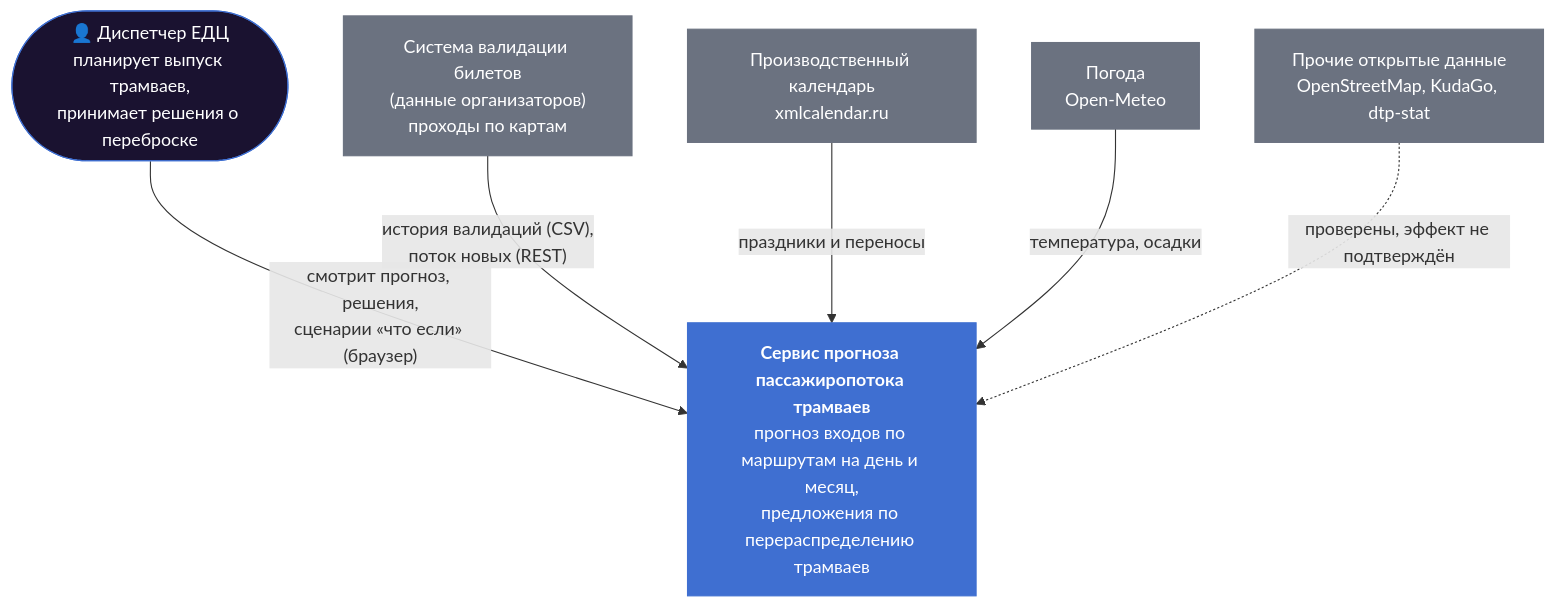
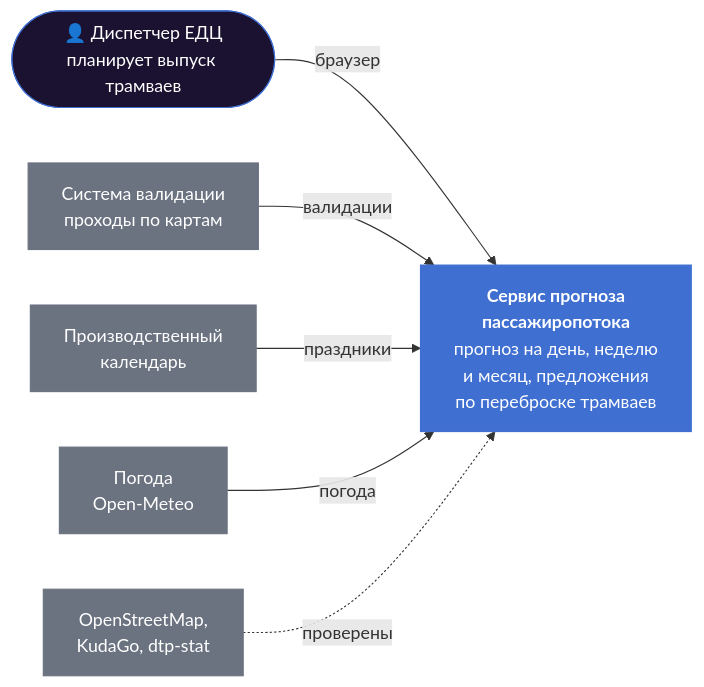
Before and after one commit to alieneth/tram-passenger-forecast: the first of 3 diagrams in docs/arhitektura.md, drawn with Mermaid. The commit also changed other lines of this file, not shown here.

````diff
--- a/docs/arhitektura.md
+++ b/docs/arhitektura.md
@@ -17,22 +17,22 @@
 ```mermaid
-flowchart TB
-    USER(["👤 Диспетчер ЕДЦ<br/>планирует выпуск трамваев,<br/>принимает решения о переброске"])
-    SYS["<b>Сервис прогноза пассажиропотока трамваев</b><br/>прогноз входов по маршрутам на день и месяц,<br/>предложения по перераспределению трамваев"]
-    VAL["Система валидации билетов<br/>(данные организаторов)<br/>проходы по картам"]
-    CAL["Производственный календарь<br/>xmlcalendar.ru"]
+flowchart LR
+    USER(["👤 Диспетчер ЕДЦ<br/>планирует выпуск трамваев"])
+    VAL["Система валидации<br/>проходы по картам"]
+    CAL["Производственный<br/>календарь"]
     WTH["Погода<br/>Open-Meteo"]
-    OTH["Прочие открытые данные<br/>OpenStreetMap, KudaGo, dtp-stat"]
+    OTH["OpenStreetMap,<br/>KudaGo, dtp-stat"]
+    SYS["<b>Сервис прогноза<br/>пассажиропотока</b><br/>прогноз на день, неделю<br/>и месяц, предложения<br/>по переброске трамваев"]
 
-    USER -- "смотрит прогноз, решения,<br/>сценарии «что если» (браузер)" --> SYS
-    VAL -- "история валидаций (CSV),<br/>поток новых (REST)" --> SYS
-    CAL -- "праздники и переносы" --> SYS
-    WTH -- "температура, осадки" --> SYS
-    OTH -. "проверены, эффект не подтверждён" .-> SYS
+    USER -- "браузер" --> SYS
+    VAL -- "валидации" --> SYS
+    CAL -- "праздники" --> SYS
+    WTH -- "погода" --> SYS
+    OTH -. "проверены" .-> SYS
 
     classDef person fill:#1A1230,stroke:#3F6FD1,color:#fff
     classDef system fill:#3F6FD1,stroke:#3F6FD1,color:#fff
     classDef ext fill:#6B7280,stroke:#6B7280,color:#fff
     class USER person
     class SYS system
     class VAL,CAL,WTH,OTH ext
 ```
````
